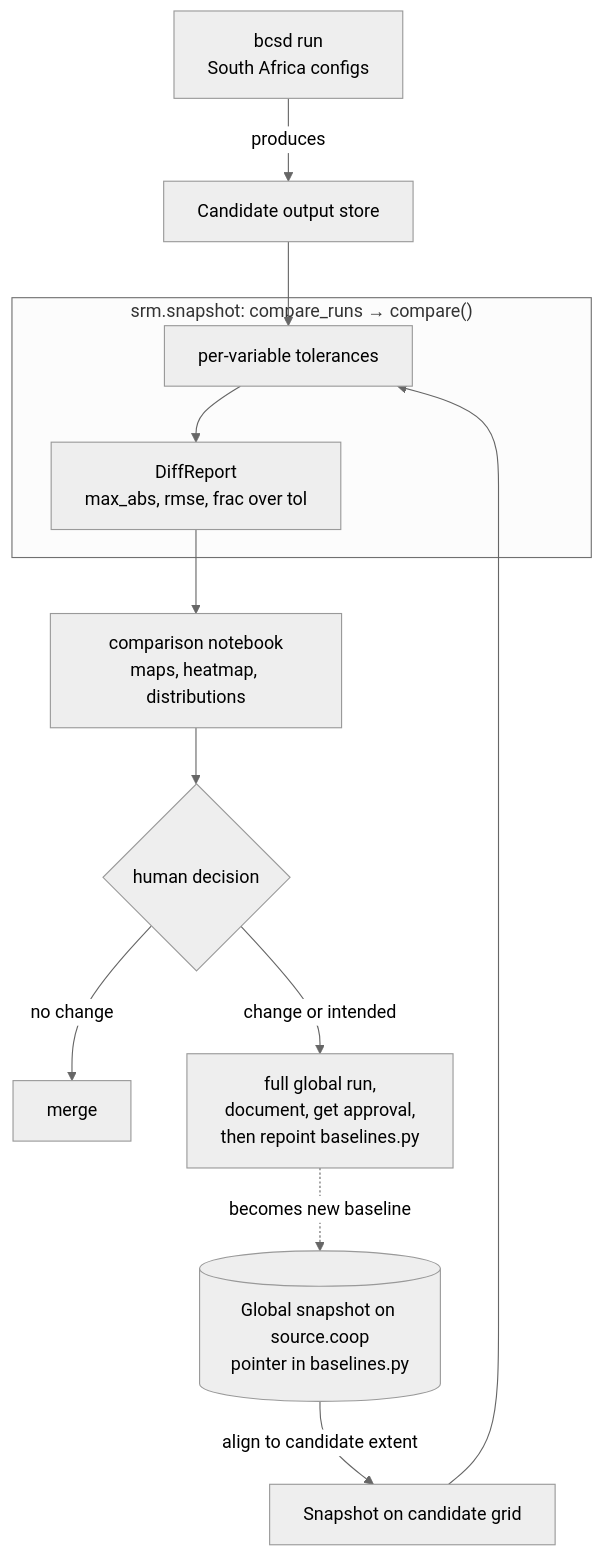
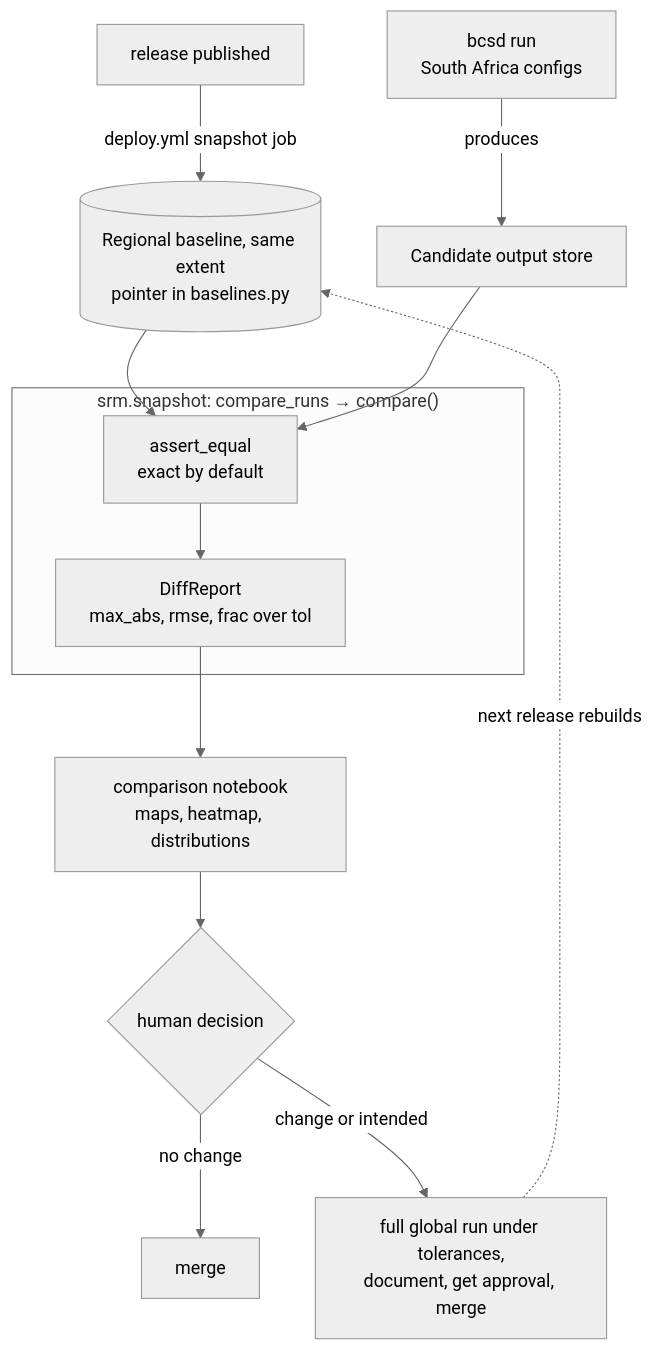
One commit to carbonplan/sai-downscaling changed the diagram in docs/explanation/snapshot-testing.md. Above: the diagram before and after it, drawn with Mermaid (neutral theme). The commit also changed other lines of this file and 11 other files, not shown here.

Commit message:
Snapshot switch to regional (#592)

````diff
--- a/docs/explanation/snapshot-testing.md
+++ b/docs/explanation/snapshot-testing.md
@@ -9,19 +9,19 @@
 ```mermaid
 graph TB
+    REL[release published] -->|deploy.yml snapshot job| SNAP
     RUN[bcsd run<br/>South Africa configs] -->|produces| CAND[Candidate output store]
-    SNAP[("Global snapshot on source.coop<br/>pointer in baselines.py")]
+    SNAP[("Regional baseline, same extent<br/>pointer in baselines.py")]
 
-    SNAP -->|align to candidate extent| ALN[Snapshot on candidate grid]
+    SNAP --> CMP
     CAND --> CMP
-    ALN --> CMP
 
     subgraph "srm.snapshot: compare_runs → compare()"
-        CMP["per-variable tolerances"] --> REP["DiffReport<br/>max_abs, rmse, frac over tol"]
+        CMP["assert_equal<br/>exact by default"] --> REP["DiffReport<br/>max_abs, rmse, frac over tol"]
     end
 
     REP --> NB[comparison notebook<br/>maps, heatmap, distributions]
     NB --> V{human decision}
     V -->|no change| MERGE["merge"]
-    V -->|change or intended| GLOBAL["full global run,<br/>document, get approval,<br/>then repoint baselines.py"]
-    GLOBAL -.->|becomes new baseline| SNAP
+    V -->|change or intended| GLOBAL["full global run under tolerances,<br/>document, get approval, merge"]
+    GLOBAL -.->|next release rebuilds| SNAP
 ```
````
